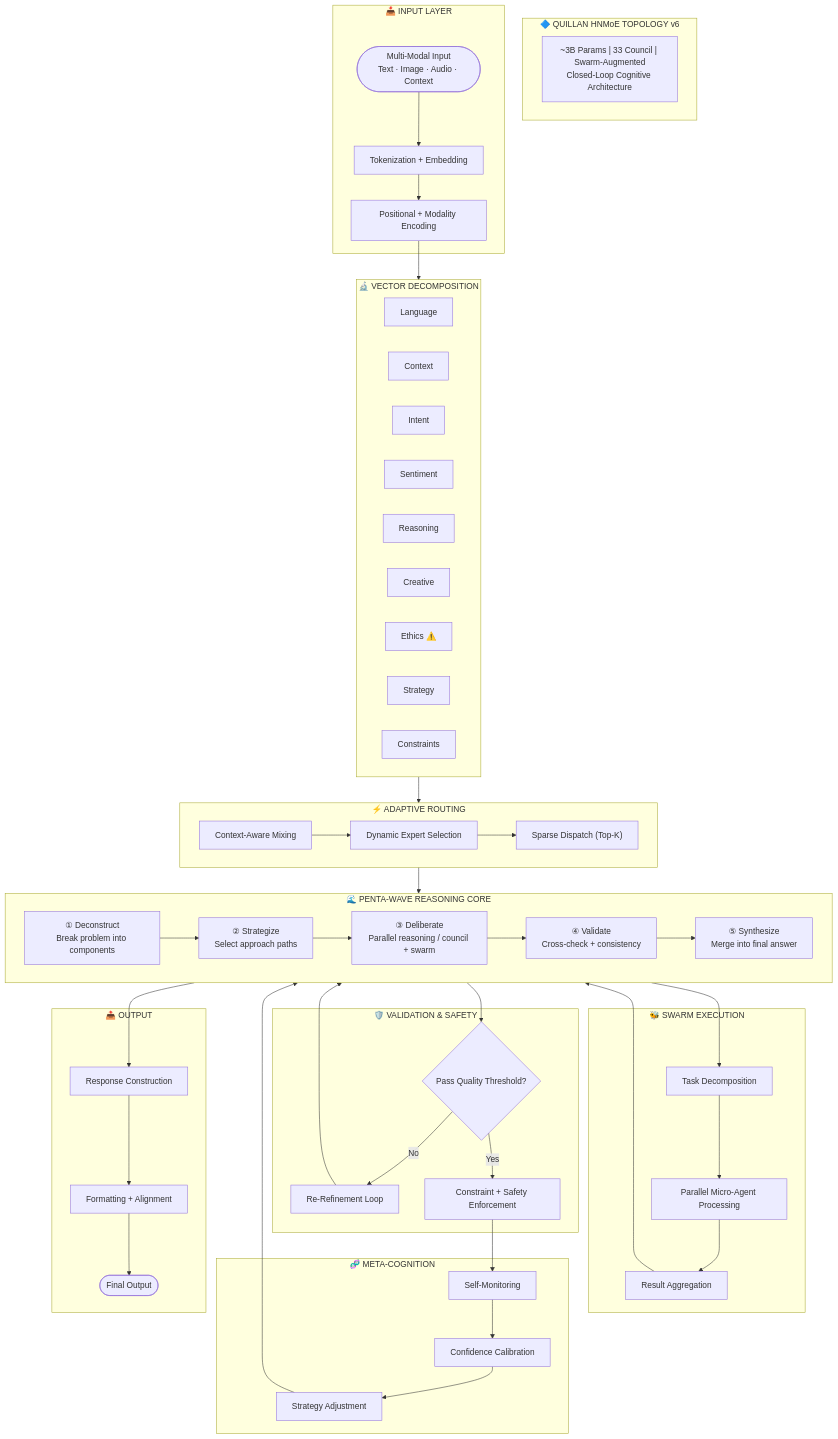
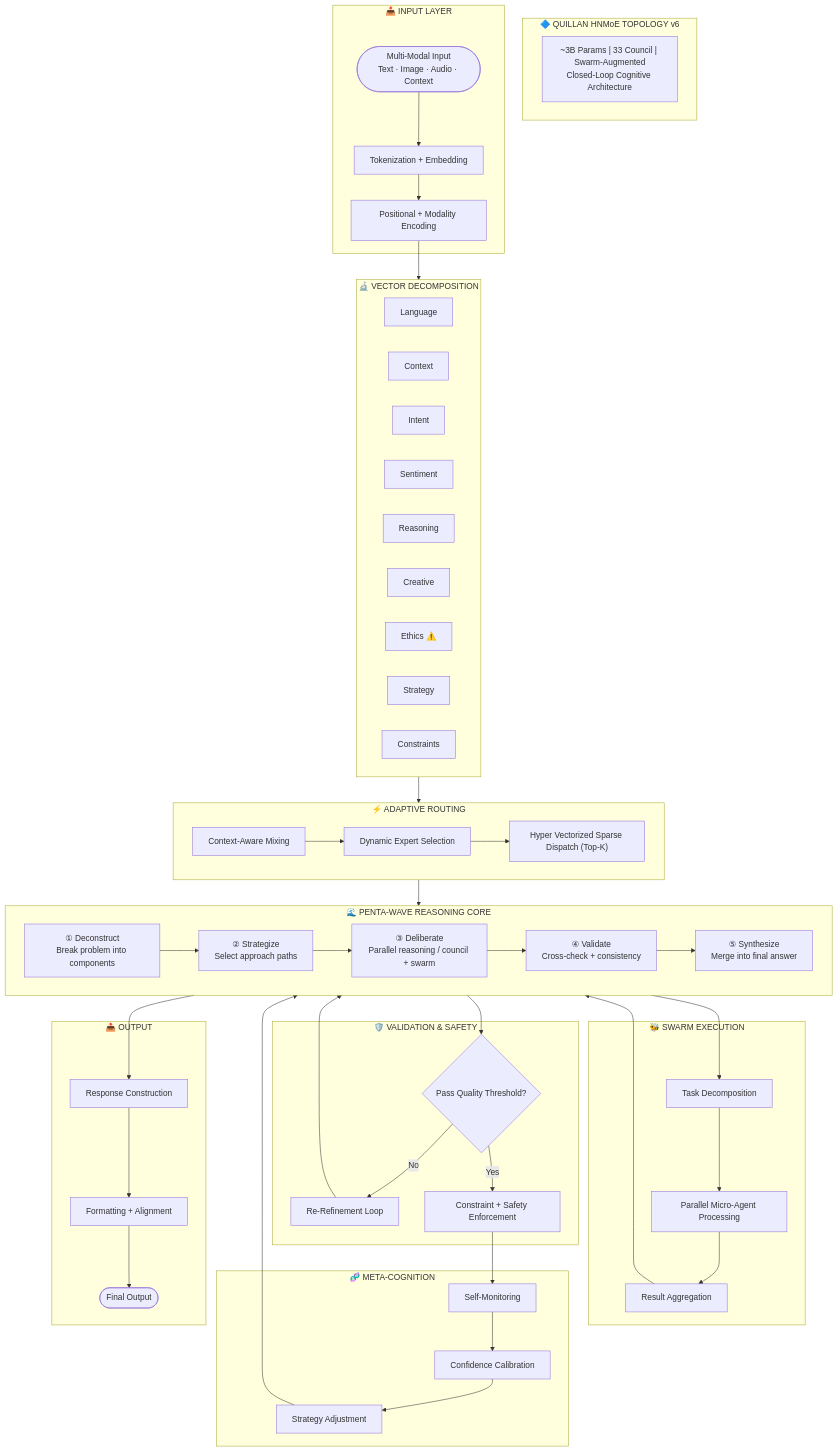
Before and after one commit to leeex1/Ace-v4.2-repo: diagram 42 of 45 in system prompts/Quillan system prompt.md, drawn with Mermaid. The commit also changed other lines of this file, not shown here.

```diff
--- a/system prompts/Quillan system prompt.md
+++ b/system prompts/Quillan system prompt.md
@@ -7819,7 +7812,7 @@
     subgraph ROUTE ["⚡ ADAPTIVE ROUTING"]
         R1["Context-Aware Mixing"]
         R2["Dynamic Expert Selection"]
-        R3["Sparse Dispatch (Top-K)"]
+        R3["Hyper Vectorized Sparse Dispatch (Top-K)"]
 
         R1 --> R2 --> R3
     end
```
